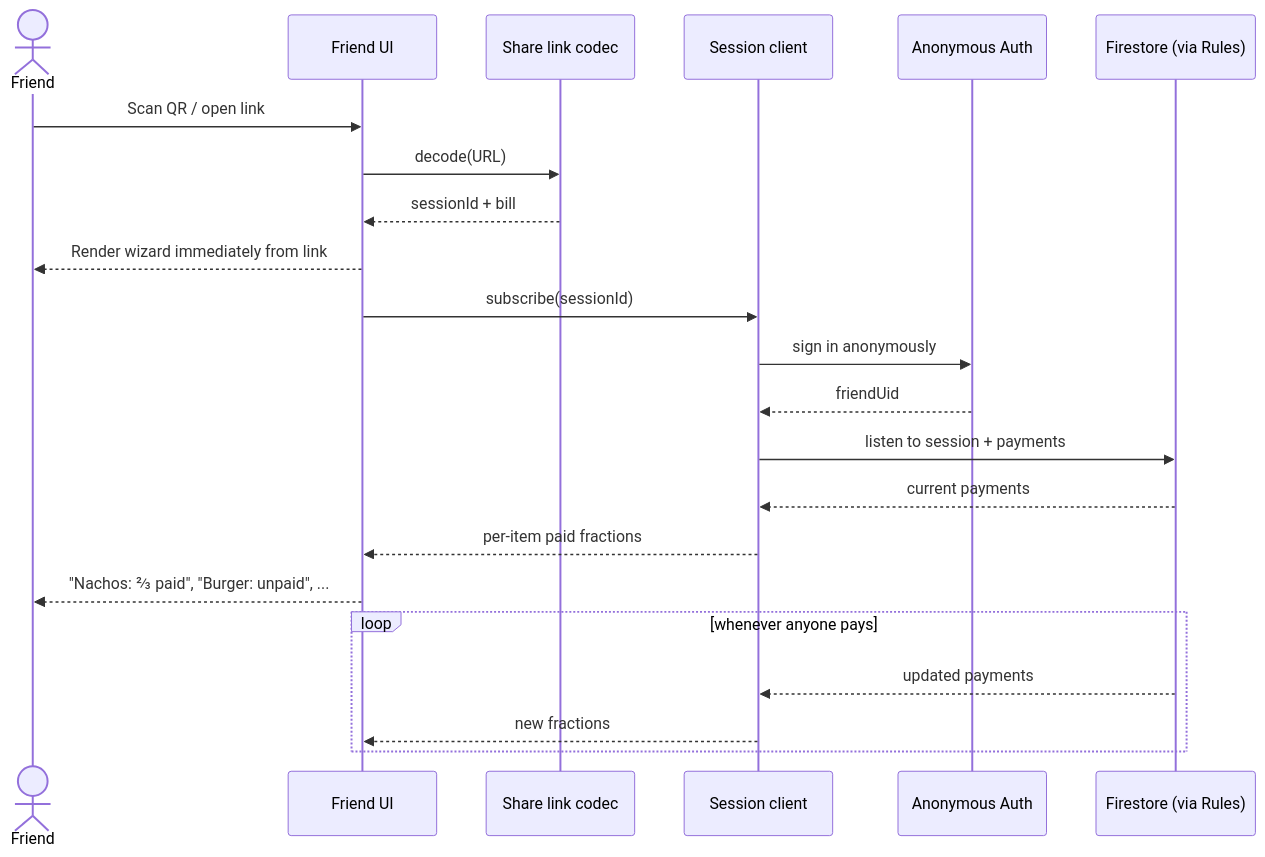
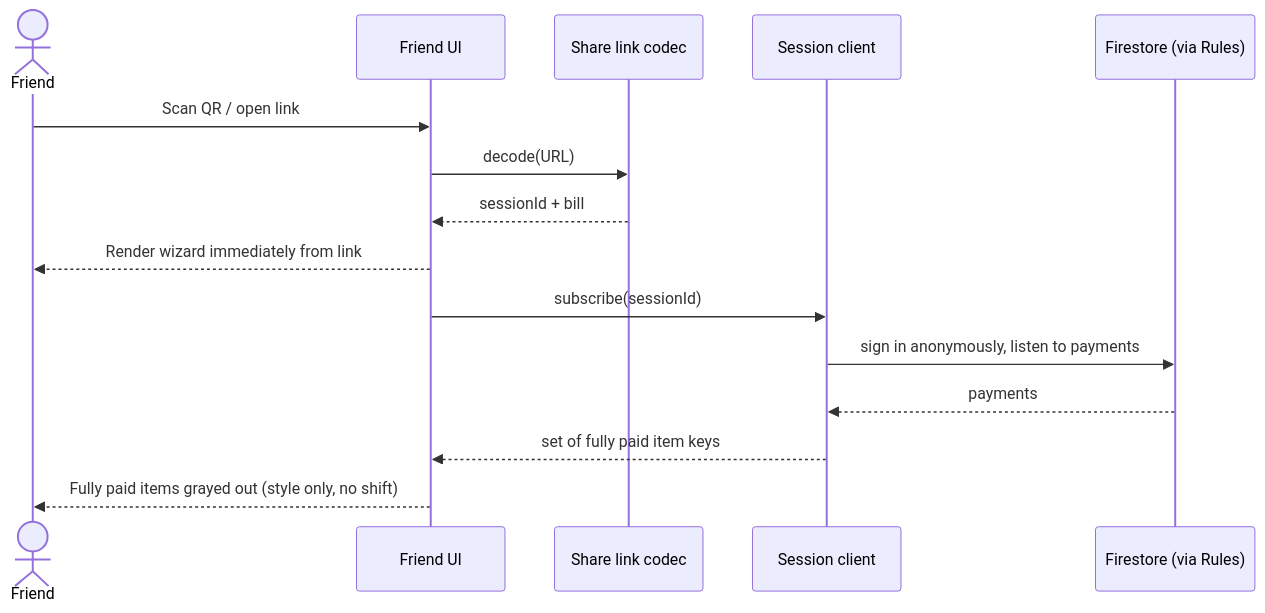
One commit to quasarbright/dinner-debt changed the fourth of 8 diagrams in planning/live-bill-status.plan.md. Above: the diagram before and after it, drawn with Mermaid. The commit also changed other lines of this file, not shown here.

First line of the commit message:
Revise live bill status plan: local selection vs payment, host-own items, content-based keys, server-side timestamps

````diff
--- a/planning/live-bill-status.plan.md
+++ b/planning/live-bill-status.plan.md
@@ -128,25 +182,18 @@
 ```mermaid
 sequenceDiagram
   actor Friend
   participant FriendUI as Friend UI
   participant Codec as Share link codec
   participant Client as Session client
-  participant Auth as Anonymous Auth
   participant FS as Firestore (via Rules)
 
   Friend->>FriendUI: Scan QR / open link
   FriendUI->>Codec: decode(URL)
   Codec-->>FriendUI: sessionId + bill
   FriendUI-->>Friend: Render wizard immediately from link
   FriendUI->>Client: subscribe(sessionId)
-  Client->>Auth: sign in anonymously
-  Auth-->>Client: friendUid
-  Client->>FS: listen to session + payments
-  FS-->>Client: current payments
-  Client-->>FriendUI: per-item paid fractions
-  FriendUI-->>Friend: "Nachos: ⅔ paid", "Burger: unpaid", ...
-  loop whenever anyone pays
-    FS-->>Client: updated payments
-    Client-->>FriendUI: new fractions
-  end
+  Client->>FS: sign in anonymously, listen to payments
+  FS-->>Client: payments
+  Client-->>FriendUI: set of fully paid item keys
+  FriendUI-->>Friend: Fully paid items grayed out (style only, no shift)
 ```
````
